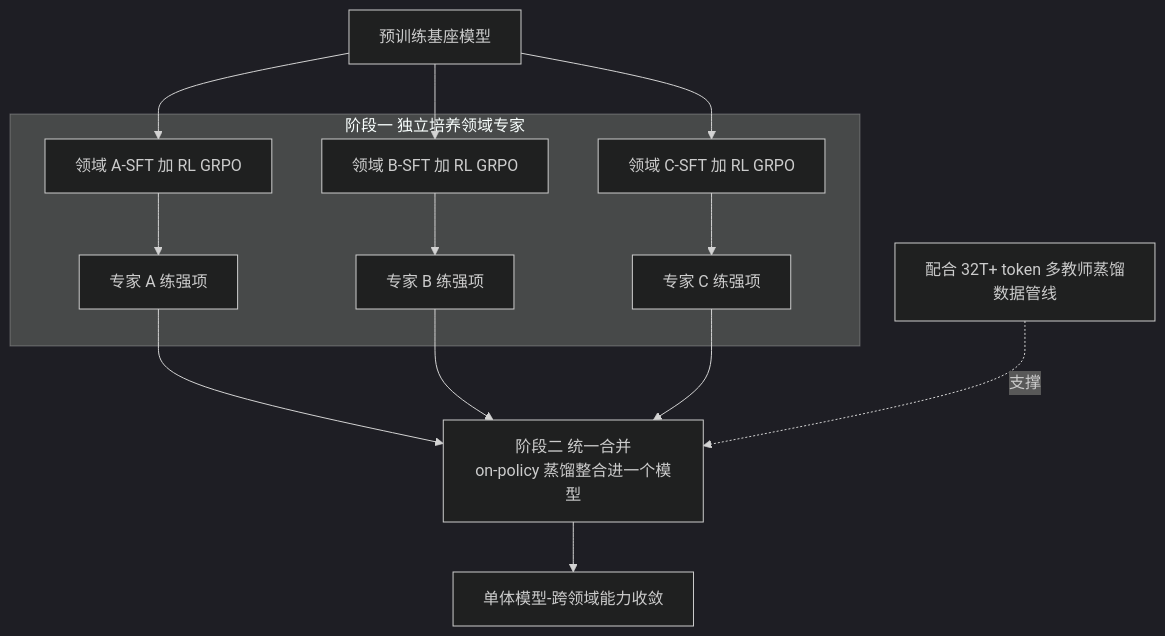
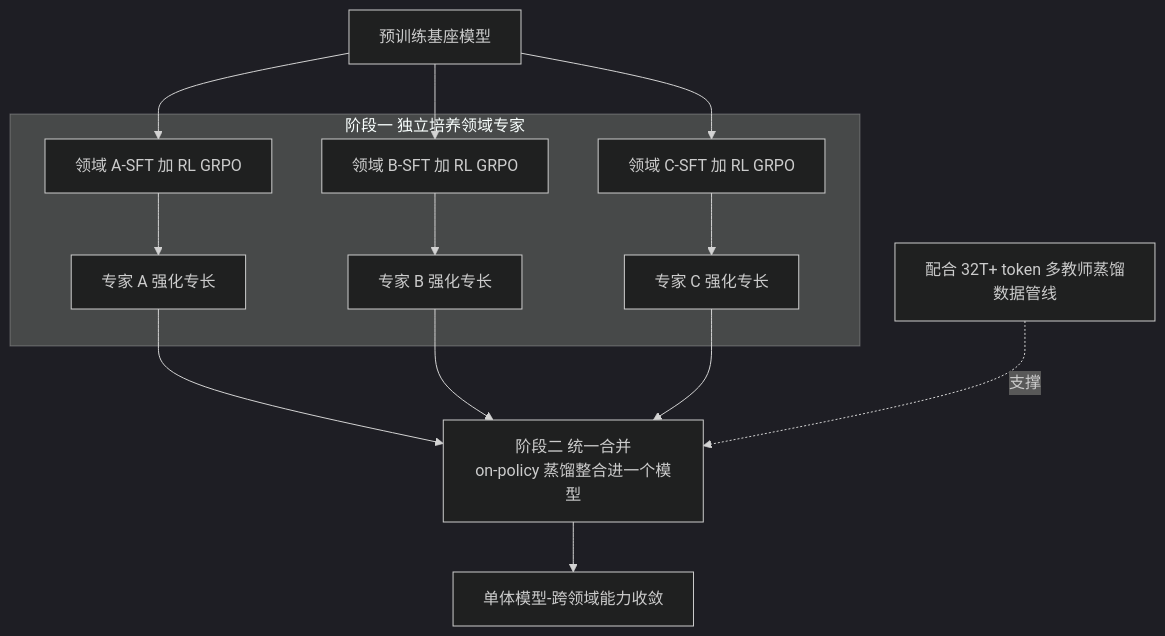
One commit to lloo099/mission44 changed the fifth of 5 diagrams in docs/blog/dispatch-05-deepseek-v4.md. Above: the diagram before and after it, drawn with Mermaid (dark theme). The commit also changed other lines of this file and 24 other files, not shown here.

Commit message:
全站文风统一:29 篇按'专业简洁、去口语化'标准批量修订 — 确定性替换 100 处(崩法→失稳模式/洼地→空白领域/占坑→公开工作/黑箱→未公开/datatype 动物园→谱系/押注→投入/护城河→竞争壁垒 等)+ 8 个编辑 agent 分批逐句精修(D24 单篇 38 处;两轮均遇用量上限中断后续跑完成)+ blog.json 摘要 6 处 + 综述残留 2 处. 术语全站一致化; 29 文件 mermaid 全验证 0 errors; 快照页同步重建

````diff
--- a/docs/blog/dispatch-05-deepseek-v4.md
+++ b/docs/blog/dispatch-05-deepseek-v4.md
@@ -135,26 +135,26 @@
 ```mermaid
 flowchart TB
     Base["预训练基座模型"]
     subgraph Stage1 ["阶段一 独立培养领域专家"]
         D1["领域 A-SFT 加 RL GRPO"]
         D2["领域 B-SFT 加 RL GRPO"]
         D3["领域 C-SFT 加 RL GRPO"]
-        E1["专家 A 练强项"]
-        E2["专家 B 练强项"]
-        E3["专家 C 练强项"]
+        E1["专家 A 强化专长"]
+        E2["专家 B 强化专长"]
+        E3["专家 C 强化专长"]
         D1 --> E1
         D2 --> E2
         D3 --> E3
     end
     Merge["阶段二 统一合并<br/>on-policy 蒸馏整合进一个模型"]
     Final["单体模型-跨领域能力收敛"]
     Base --> D1
     Base --> D2
     Base --> D3
     E1 --> Merge
     E2 --> Merge
     E3 --> Merge
     Merge --> Final
     Data["配合 32T+ token 多教师蒸馏数据管线"]
     Data -. "支撑" .-> Merge
 ```
````
